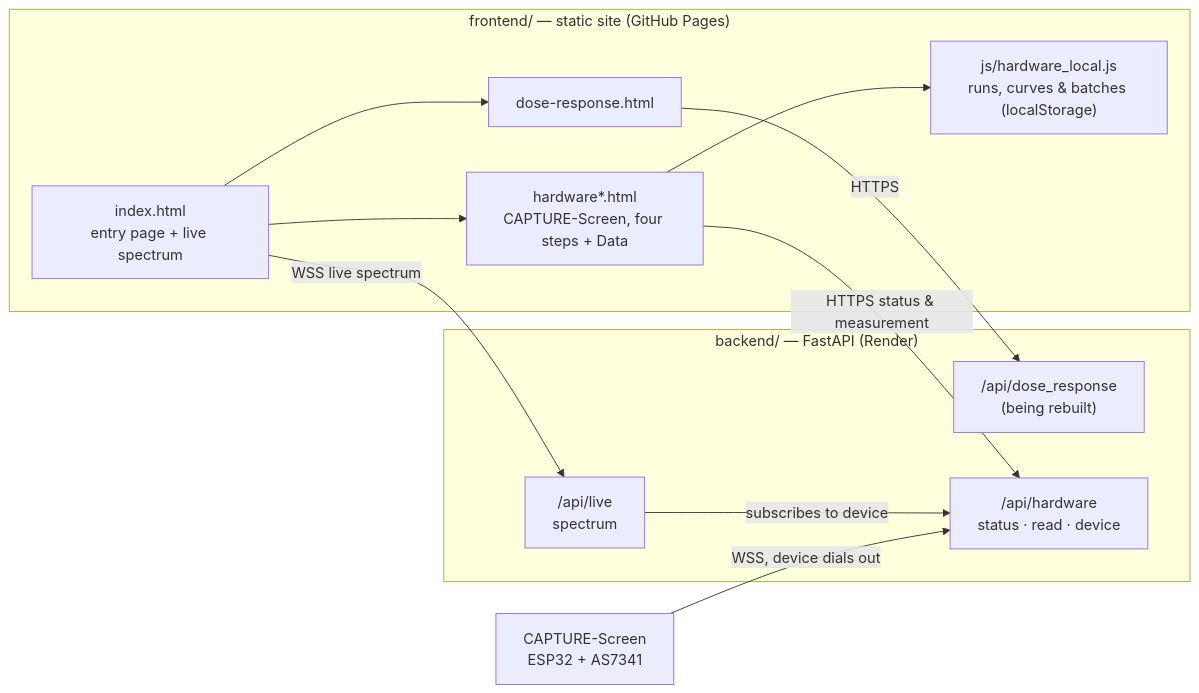
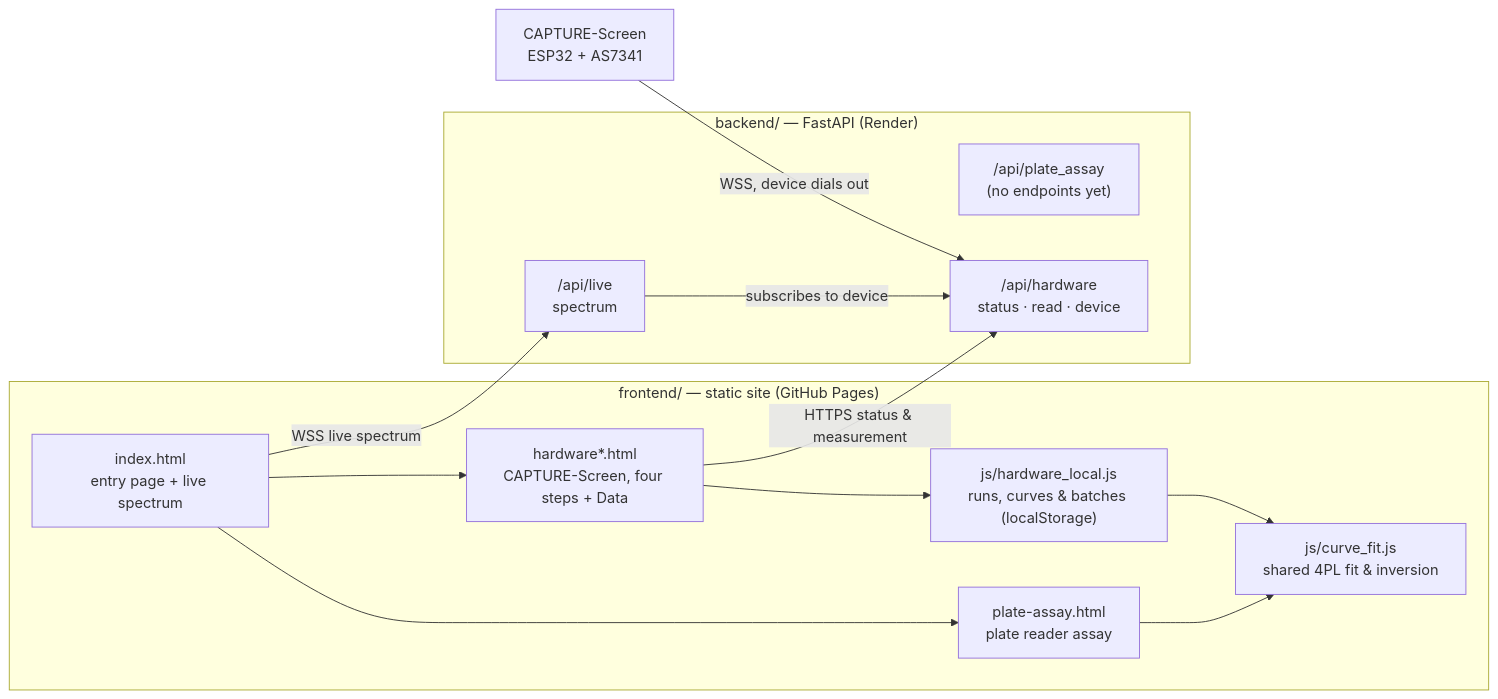
One commit to igem-ncku-software/igem-software changed the diagram in README.md. Above: the diagram before and after it, drawn with Mermaid. The commit also changed other lines of this file and 21 other files, not shown here.

````diff
--- a/README.md
+++ b/README.md
@@ -72,26 +72,28 @@
 ```mermaid
 flowchart LR
     DEV["CAPTURE-Screen<br/>ESP32 + AS7341"]
 
     subgraph FE["frontend/ — static site (GitHub Pages)"]
         IDX["index.html<br/>entry page + live spectrum"]
-        DR["dose-response.html"]
+        PA["plate-assay.html<br/>plate reader assay"]
+        CF["js/curve_fit.js<br/>shared 4PL fit & inversion"]
         HW["hardware*.html<br/>CAPTURE-Screen, four steps + Data"]
         LOCAL["js/hardware_local.js<br/>runs, curves & batches (localStorage)"]
-        IDX --> DR
+        IDX --> PA
         IDX --> HW
         HW --> LOCAL
+        PA --> CF
+        LOCAL --> CF
     end
 
     subgraph BE["backend/ — FastAPI (Render)"]
-        RT1["/api/dose_response<br/>(being rebuilt)"]
+        RT1["/api/plate_assay<br/>(no endpoints yet)"]
         HUB["/api/hardware<br/>status · read · device"]
         LIVE["/api/live<br/>spectrum"]
         LIVE -->|subscribes to device| HUB
     end
 
-    DR -->|HTTPS| RT1
     IDX -->|WSS live spectrum| LIVE
     HW -->|HTTPS status & measurement| HUB
     DEV -->|WSS, device dials out| HUB
 ```
````
